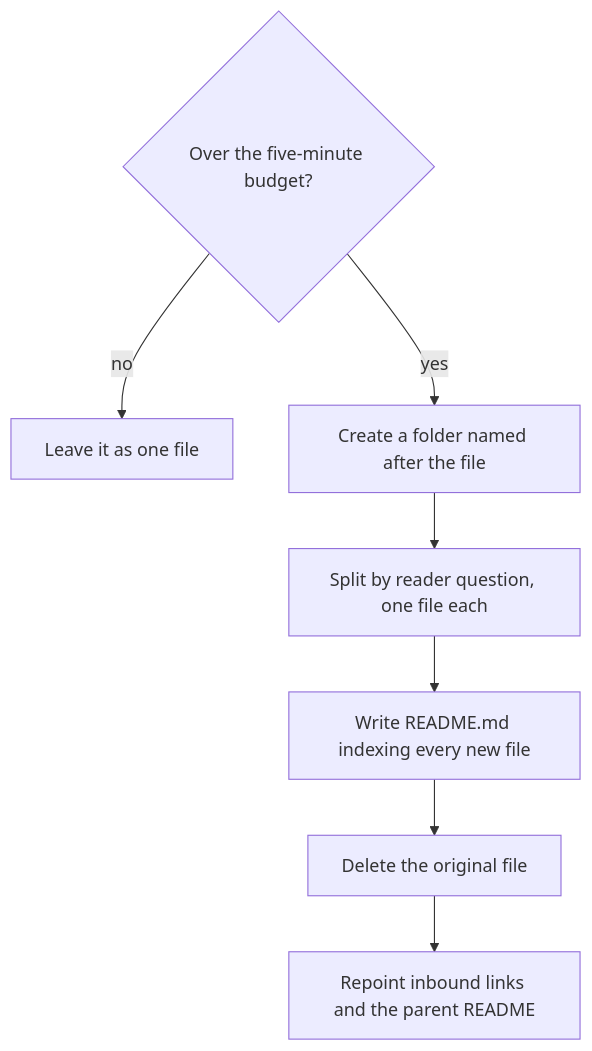
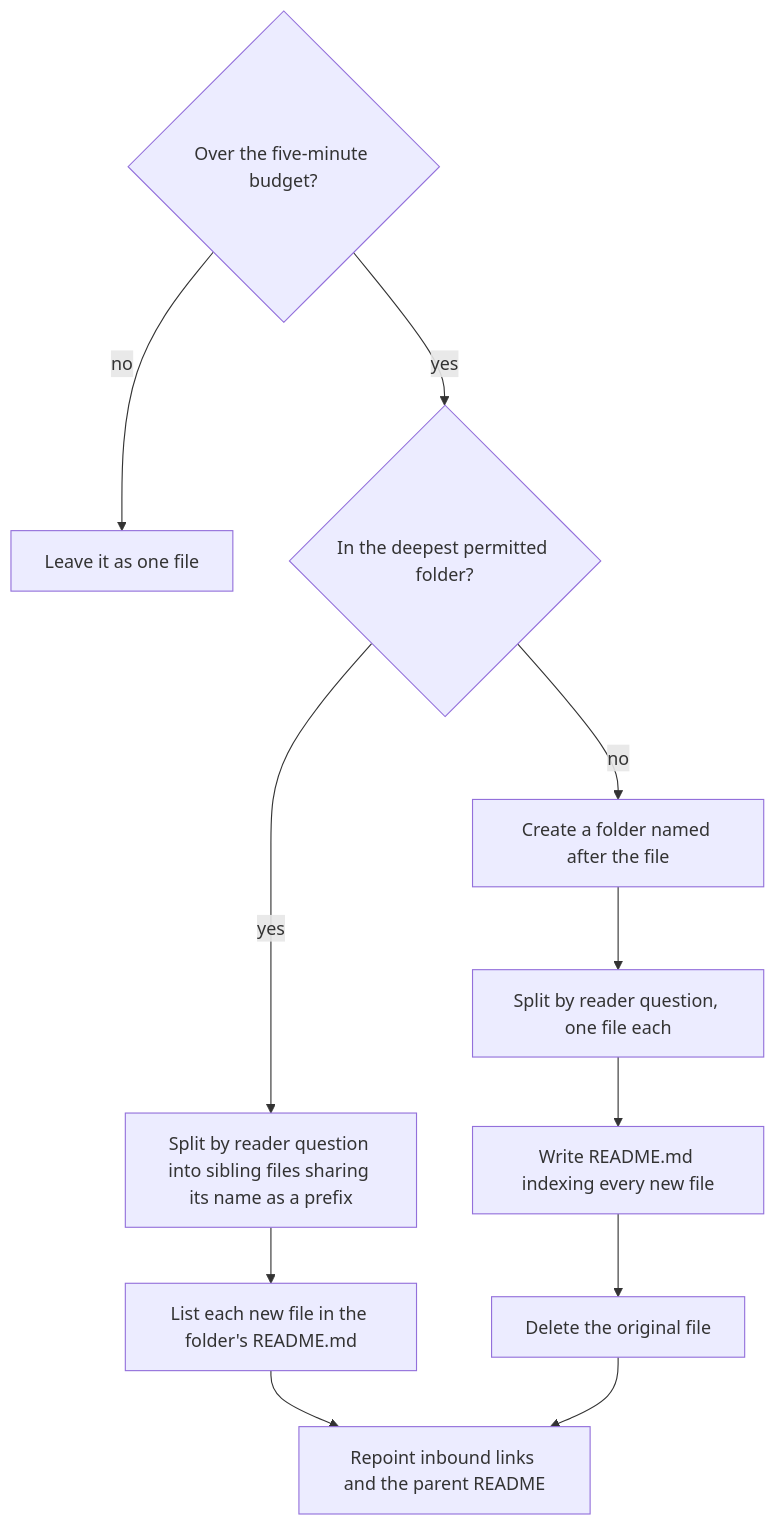
Before and after one commit to polikeiji/constitutions: the diagram in constitutions/documentation/file-organization.md, drawn with Mermaid. The commit also changed other lines of this file, not shown here.

First line of the commit message:
docs(documentation): say how to split a page at the depth limit

````diff
--- a/constitutions/documentation/file-organization.md
+++ b/constitutions/documentation/file-organization.md
@@ -13,11 +13,15 @@
 ```mermaid
 flowchart TD
     accTitle: Splitting a document that is over the read budget
-    accDescr: A document inside the budget is left as one file. One over it becomes a folder named after the file, split by reader question, with a README indexing the new files; the original is then deleted and every inbound link and the parent README repointed.
+    accDescr: A document inside the budget is left as one file. One over it becomes a folder named after the file, split by reader question, with a README indexing the new files; the original is then deleted and every inbound link and the parent README repointed. A document already in the deepest permitted folder splits into sibling files instead, each listed in that folder's README, and every inbound link to a moved section is repointed.
     check{"Over the five-minute budget?"} -->|no| keep["Leave it as one file"]
-    check -->|yes| folder["Create a folder named after the file"]
+    check -->|yes| depth{"In the deepest permitted folder?"}
+    depth -->|no| folder["Create a folder named after the file"]
+    depth -->|yes| sibling["Split by reader question into sibling files sharing its name as a prefix"]
+    sibling --> listed["List each new file in the folder's README.md"]
+    listed --> links
     folder --> split["Split by reader question, one file each"]
     split --> index["Write README.md indexing every new file"]
     index --> remove["Delete the original file"]
     remove --> links["Repoint inbound links and the parent README"]
 ```
````
